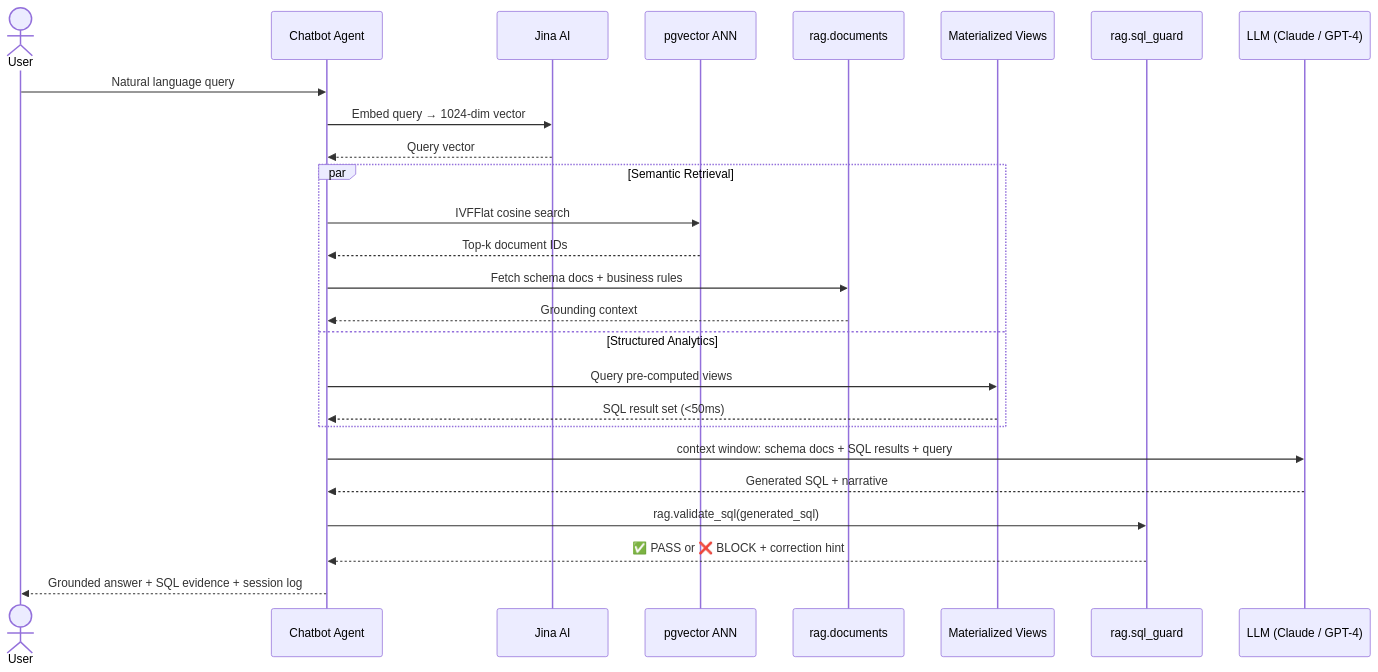
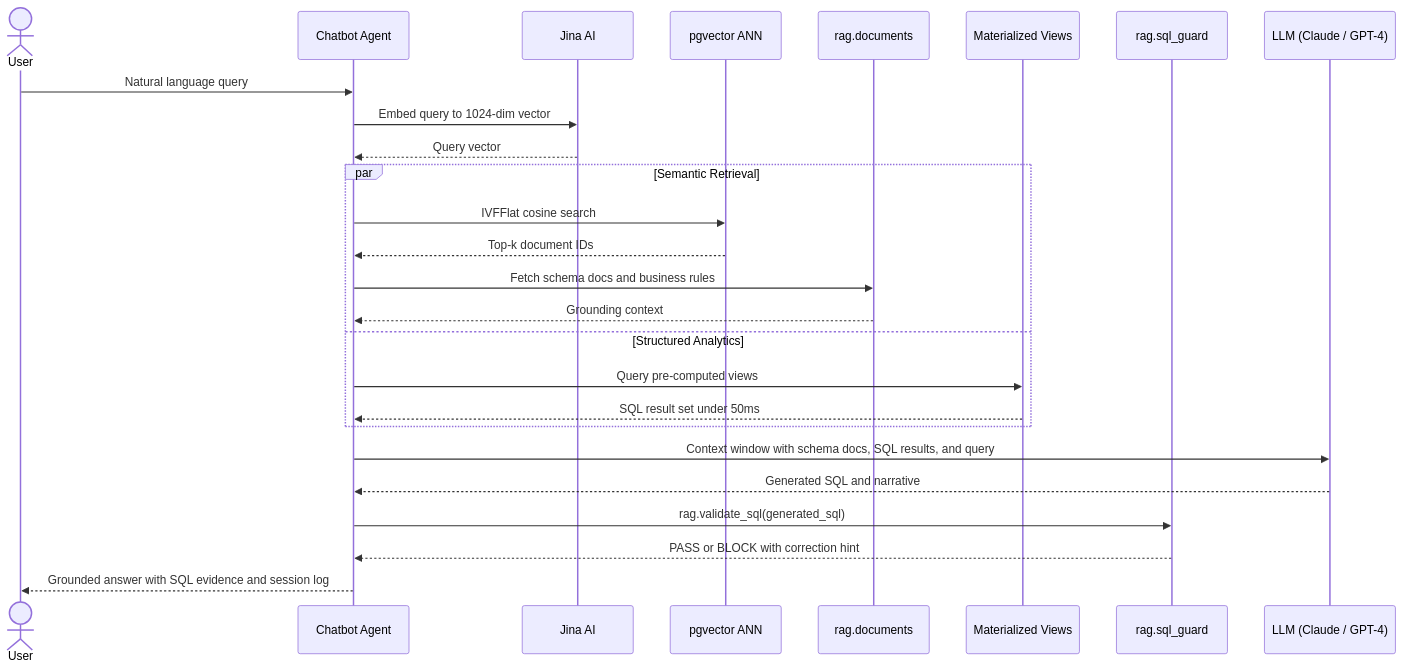
One commit to Mohamed-Elmasry16/Recovera-Hybrid-Database-Architecture changed the fifth of 6 diagrams in README.md. Above: the diagram before and after it, drawn with Mermaid. The commit also changed other lines of this file, not shown here.

````diff
--- a/README.md
+++ b/README.md
@@ -338,34 +339,34 @@
 ```mermaid
 sequenceDiagram
     actor  U  as User
     participant CA as Chatbot Agent
     participant J  as Jina AI
     participant PV as pgvector ANN
     participant D  as rag.documents
     participant MV as Materialized Views
     participant G  as rag.sql_guard
     participant LM as LLM (Claude / GPT-4)
 
     U  ->> CA: Natural language query
 
-    CA ->> J:  Embed query → 1024-dim vector
+    CA ->> J:  Embed query to 1024-dim vector
     J  -->> CA: Query vector
 
     par Semantic Retrieval
         CA ->> PV: IVFFlat cosine search
         PV -->> CA: Top-k document IDs
-        CA ->> D:  Fetch schema docs + business rules
+        CA ->> D:  Fetch schema docs and business rules
         D  -->> CA: Grounding context
     and Structured Analytics
         CA ->> MV: Query pre-computed views
-        MV -->> CA: SQL result set  (<50ms)
+        MV -->> CA: SQL result set under 50ms
     end
 
-    CA ->> LM: context window: schema docs + SQL results + query
-    LM -->> CA: Generated SQL + narrative
+    CA ->> LM: Context window with schema docs, SQL results, and query
+    LM -->> CA: Generated SQL and narrative
 
     CA ->> G:  rag.validate_sql(generated_sql)
-    G  -->> CA: ✅ PASS  or  ❌ BLOCK + correction hint
+    G  -->> CA: PASS or BLOCK with correction hint
 
-    CA -->> U: Grounded answer + SQL evidence + session log
+    CA -->> U: Grounded answer with SQL evidence and session log
 ```
````
